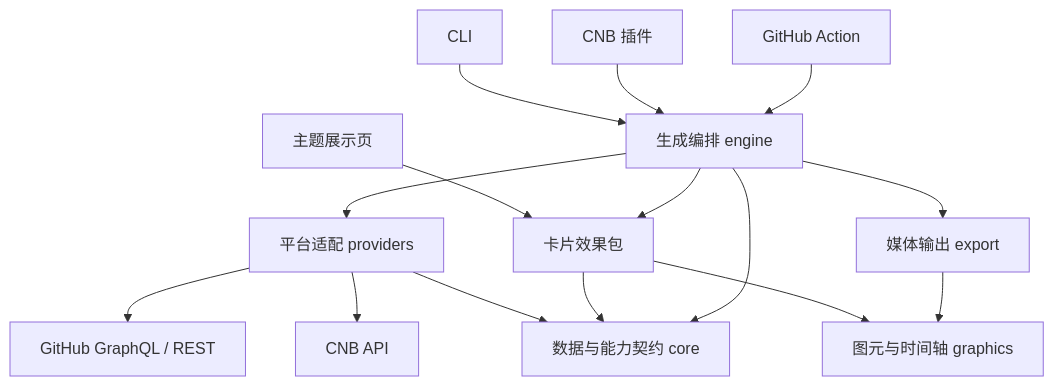
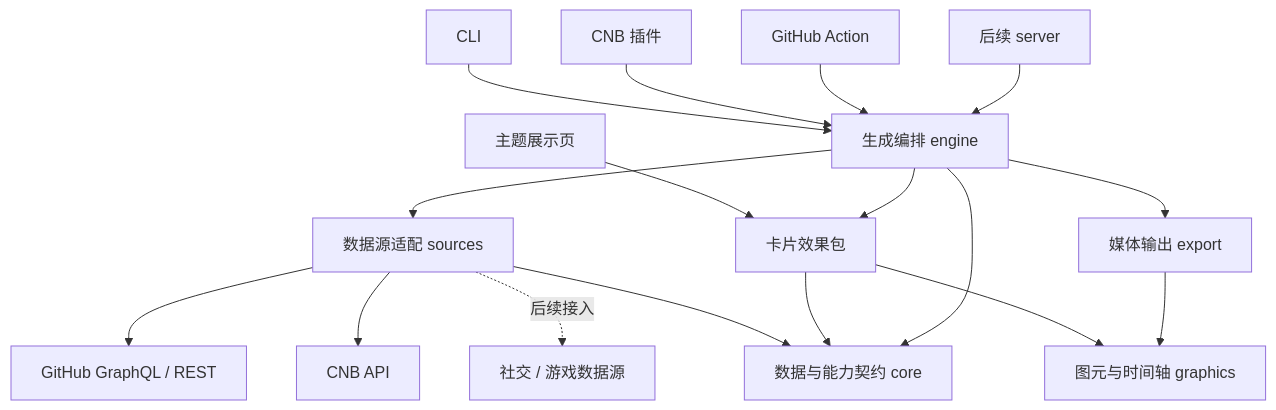
One commit to elonzh/cool-profile changed the diagram in docs/architecture.md. Above: the diagram before and after it, drawn with Mermaid. The commit also changed other lines of this file and 4 other files, not shown here.

````diff
--- a/docs/architecture.md
+++ b/docs/architecture.md
@@ -15,17 +17,19 @@
 ```mermaid
 flowchart TD
   CLI[CLI] --> Engine[生成编排 engine]
   CNB[CNB 插件] --> Engine
   Action[GitHub Action] --> Engine
+  Server[后续 server] --> Engine
   Gallery[主题展示页] --> Cards[卡片效果包]
-  Engine --> Providers[平台适配 providers]
-  Providers --> GH[GitHub GraphQL / REST]
-  Providers --> CA[CNB API]
+  Engine --> Sources[数据源适配 sources]
+  Sources --> GH[GitHub GraphQL / REST]
+  Sources --> CA[CNB API]
+  Sources -.后续接入.-> Other[社交 / 游戏数据源]
   Engine --> Cards
   Engine --> Export[媒体输出 export]
-  Providers --> Core[数据与能力契约 core]
+  Sources --> Core[数据与能力契约 core]
   Cards --> Core
   Cards --> Graphics[图元与时间轴 graphics]
   Export --> Graphics
   Engine --> Core
 ```
````
